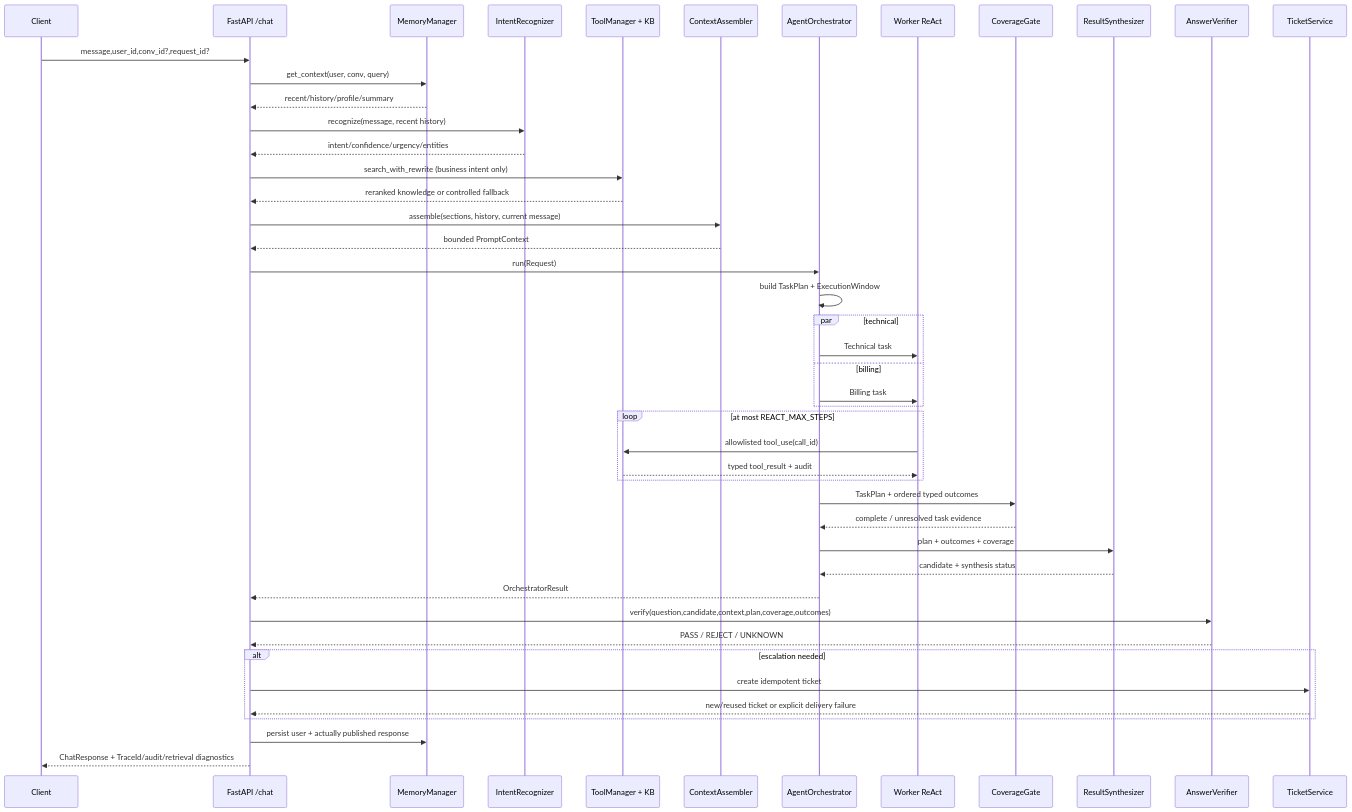
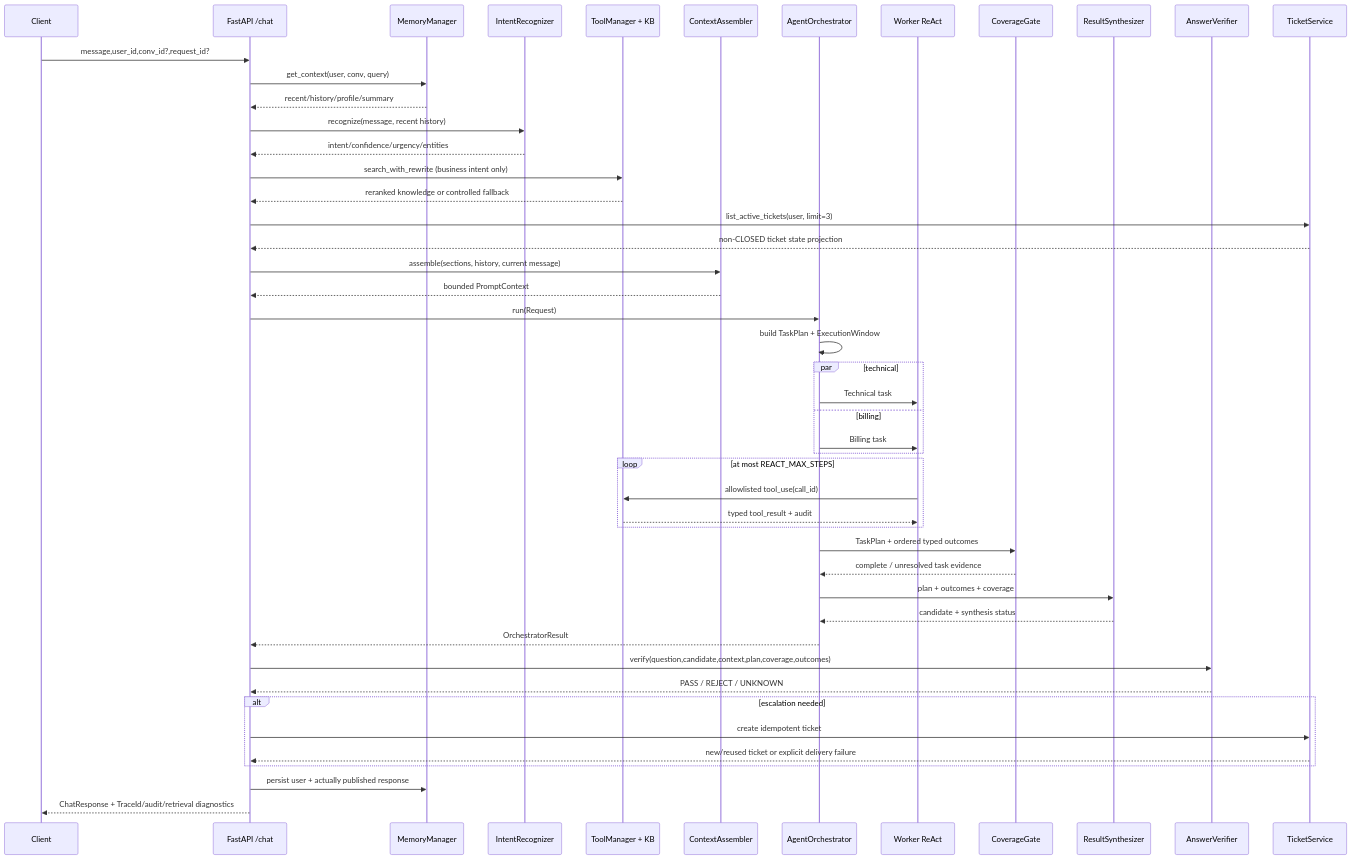
The second of 9 diagrams in docs/full-architecture-tutorial.zh-CN.md (Garrulus21yyx/DialogPilot), drawn with Mermaid before and after one commit. The commit also changed other lines of this file and 14 other files, not shown here.

````diff
--- a/docs/full-architecture-tutorial.zh-CN.md
+++ b/docs/full-architecture-tutorial.zh-CN.md
@@ -199,49 +199,51 @@
 ```mermaid
 sequenceDiagram
     participant C as Client
     participant A as FastAPI /chat
     participant M as MemoryManager
     participant I as IntentRecognizer
     participant T as ToolManager + KB
     participant X as ContextAssembler
     participant O as AgentOrchestrator
     participant R as Worker ReAct
     participant G as CoverageGate
     participant S as ResultSynthesizer
     participant V as AnswerVerifier
     participant K as TicketService
 
     C->>A: message,user_id,conv_id?,request_id?
     A->>M: get_context(user, conv, query)
     M-->>A: recent/history/profile/summary
     A->>I: recognize(message, recent history)
     I-->>A: intent/confidence/urgency/entities
     A->>T: search_with_rewrite (business intent only)
     T-->>A: reranked knowledge or controlled fallback
+    A->>K: list_active_tickets(user, limit=3)
+    K-->>A: non-CLOSED ticket state projection
     A->>X: assemble(sections, history, current message)
     X-->>A: bounded PromptContext
     A->>O: run(Request)
     O->>O: build TaskPlan + ExecutionWindow
     par technical
         O->>R: Technical task
     and billing
         O->>R: Billing task
     end
     loop at most REACT_MAX_STEPS
         R->>T: allowlisted tool_use(call_id)
         T-->>R: typed tool_result + audit
     end
     O->>G: TaskPlan + ordered typed outcomes
     G-->>O: complete / unresolved task evidence
     O->>S: plan + outcomes + coverage
     S-->>O: candidate + synthesis status
     O-->>A: OrchestratorResult
     A->>V: verify(question,candidate,context,plan,coverage,outcomes)
     V-->>A: PASS / REJECT / UNKNOWN
     alt escalation needed
         A->>K: create idempotent ticket
         K-->>A: new/reused ticket or explicit delivery failure
     end
     A->>M: persist user + actually published response
     A-->>C: ChatResponse + TraceId/audit/retrieval diagnostics
 ```
````
